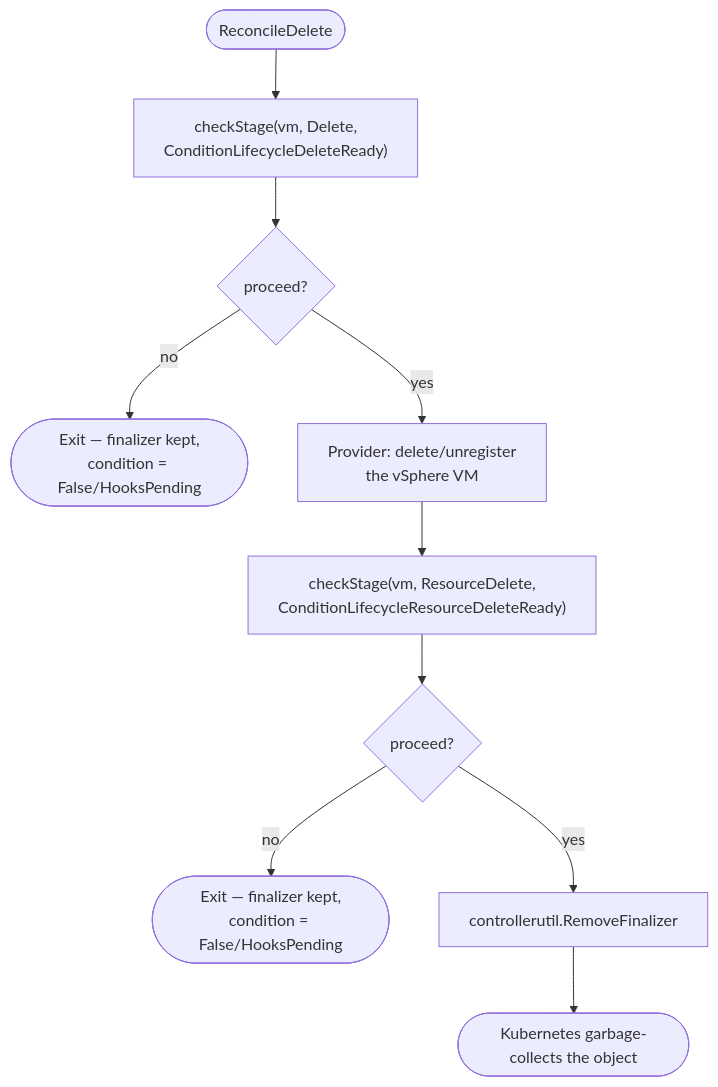
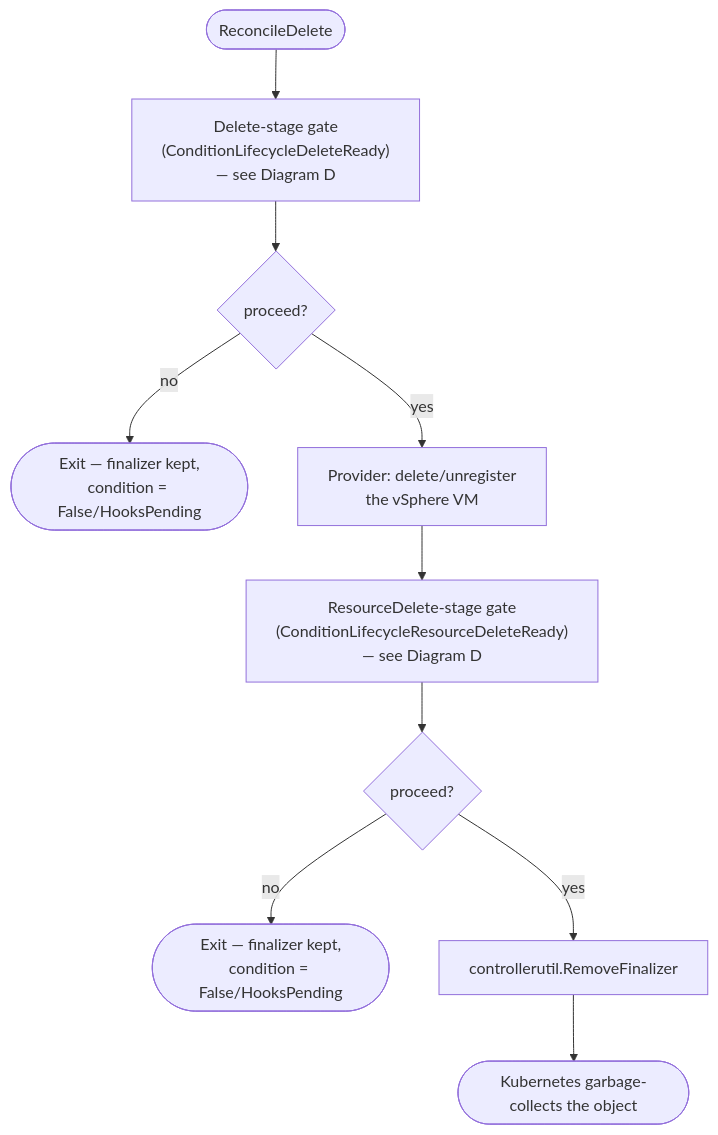
Before and after one commit to vmware-tanzu/vm-operator: the third of 4 diagrams in .sdd/specs/009-lifecycle-hooks/spec.md, drawn with Mermaid. The commit also changed other lines of this file and 2 other files, not shown here.

````diff
--- a/.sdd/specs/009-lifecycle-hooks/spec.md
+++ b/.sdd/specs/009-lifecycle-hooks/spec.md
@@ -181,12 +190,12 @@
 ```mermaid
 flowchart TD
-    Start([ReconcileDelete]) --> DeleteChk[checkStage#40;vm, Delete,<br/>ConditionLifecycleDeleteReady#41;]
-    DeleteChk --> DeleteProceed{proceed?}
+    Start([ReconcileDelete]) --> DeleteGate[Delete-stage gate<br/>#40;ConditionLifecycleDeleteReady#41;<br/>— see Diagram D]
+    DeleteGate --> DeleteProceed{proceed?}
     DeleteProceed -- no --> DeleteExit([Exit — finalizer kept,<br/>condition = False/HooksPending])
     DeleteProceed -- yes --> ProviderDelete[Provider: delete/unregister<br/>the vSphere VM]
-    ProviderDelete --> RDChk[checkStage#40;vm, ResourceDelete,<br/>ConditionLifecycleResourceDeleteReady#41;]
-    RDChk --> RDProceed{proceed?}
+    ProviderDelete --> RDGate[ResourceDelete-stage gate<br/>#40;ConditionLifecycleResourceDeleteReady#41;<br/>— see Diagram D]
+    RDGate --> RDProceed{proceed?}
     RDProceed -- no --> RDExit([Exit — finalizer kept,<br/>condition = False/HooksPending])
     RDProceed -- yes --> RemoveFin[controllerutil.RemoveFinalizer]
     RemoveFin --> GC([Kubernetes garbage-collects the object])
 ```
````
